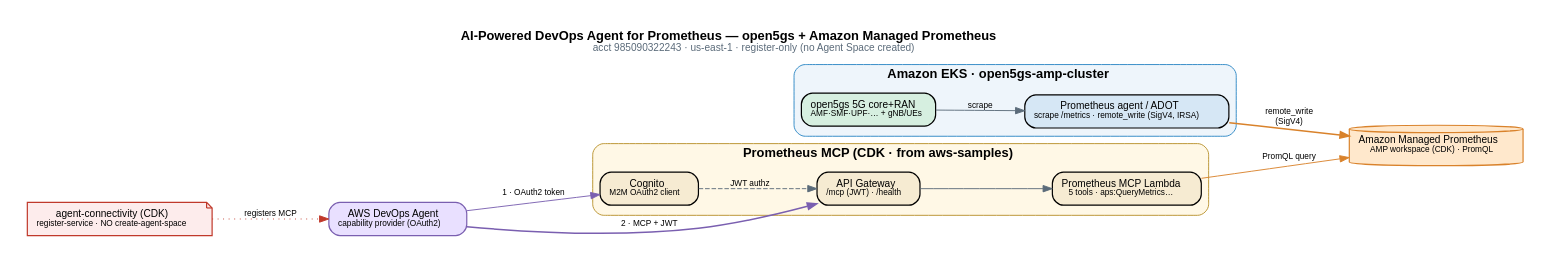
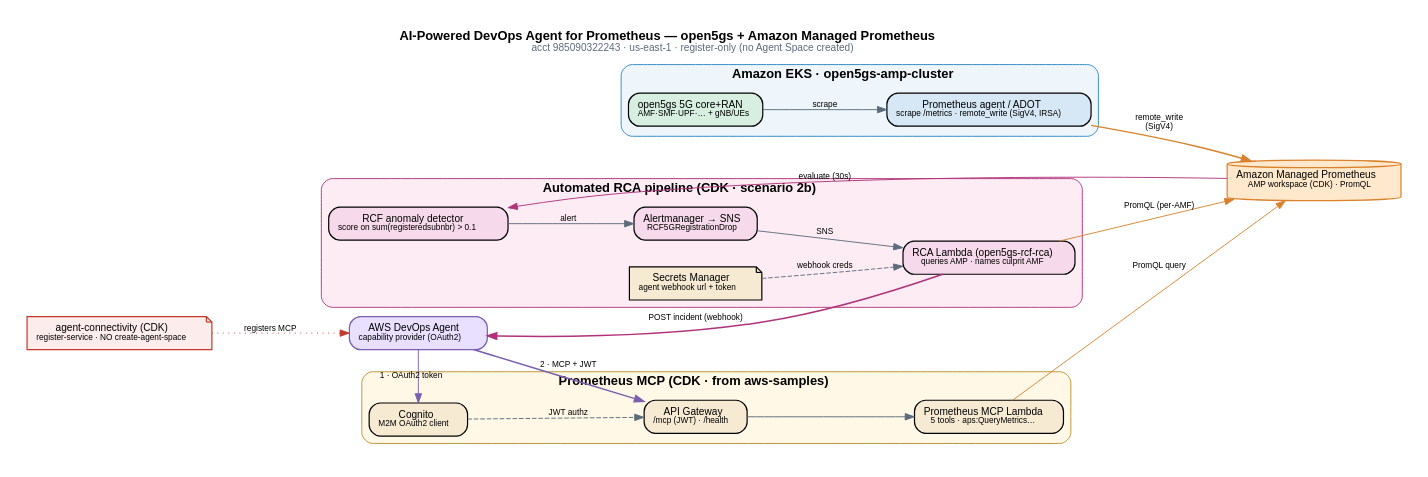
One commit to aws-solutions-library-samples/guidance-for-ai-powered-devops-agent-for-prometheus-anomaly-detection changed the diagram in docs/diagrams/architecture.dot. Above: the diagram before and after it, drawn with Graphviz. The commit also changed 6 other files, not shown here.

First line of the commit message:
Add Secrets Manager webhook wiring + docs/diagram updates for automated RCA (2b)

```diff
--- a/docs/diagrams/architecture.dot
+++ b/docs/diagrams/architecture.dot
@@ -1,32 +1,45 @@
 digraph amp {
   rankdir=LR; bgcolor="white"; pad=0.3; nodesep=0.4; ranksep=0.9;
   graph [fontname="Helvetica", label=<<B>AI-Powered DevOps Agent for Prometheus — open5gs + Amazon Managed Prometheus</B><BR/><FONT POINT-SIZE="11" COLOR="#5b6b7a">acct 985090322243 · us-east-1 · register-only (no Agent Space created)</FONT>>, labelloc=t];
   node [fontname="Helvetica", fontsize=11, shape=box, style="rounded,filled", penwidth=1.3, margin="0.14,0.09"];
   edge [fontname="Helvetica", fontsize=9, color="#5b6b7a"];
 
   subgraph cluster_eks {
     label=<<B>Amazon EKS · open5gs-amp-cluster</B>>; style="rounded,filled"; fillcolor="#eef5fb"; color="#2b86c5";
     core [label=<open5gs 5G core+RAN<BR/><FONT POINT-SIZE="9">AMF·SMF·UPF·… + gNB/UEs</FONT>>, fillcolor="#d6efe0"];
     promagent [label=<Prometheus agent / ADOT<BR/><FONT POINT-SIZE="9">scrape /metrics · remote_write (SigV4, IRSA)</FONT>>, fillcolor="#d6e7f5"];
     core -> promagent [label="scrape"];
   }
 
   amp [label=<Amazon Managed Prometheus<BR/><FONT POINT-SIZE="9">AMP workspace (CDK) · PromQL</FONT>>, shape=cylinder, fillcolor="#ffe8cc", color="#d9822b"];
   promagent -> amp [label="remote_write\n(SigV4)", color="#d9822b", penwidth=1.6];
 
   subgraph cluster_mcp {
     label=<<B>Prometheus MCP (CDK · from aws-samples)</B>>; style="rounded,filled"; fillcolor="#fff8e6"; color="#b8902a";
     cog [label=<Cognito<BR/><FONT POINT-SIZE="9">M2M OAuth2 client</FONT>>, fillcolor="#f6ebd2"];
     apigw [label=<API Gateway<BR/><FONT POINT-SIZE="9">/mcp (JWT) · /health</FONT>>, fillcolor="#f6ebd2"];
     lam [label=<Prometheus MCP Lambda<BR/><FONT POINT-SIZE="9">5 tools · aps:QueryMetrics…</FONT>>, fillcolor="#f6ebd2"];
     apigw -> lam; cog -> apigw [style=dashed, label="JWT authz"];
   }
   lam -> amp [label="PromQL query", color="#d9822b"];
 
   agent [label=<AWS DevOps Agent<BR/><FONT POINT-SIZE="9">capability provider (OAuth2)</FONT>>, fillcolor="#e9e0ff", color="#7a5fb0"];
   agent -> cog [label="1 · OAuth2 token", color="#7a5fb0"];
   agent -> apigw [label="2 · MCP + JWT", color="#7a5fb0", penwidth=1.6];
 
   conncdk [label=<agent-connectivity (CDK)<BR/><FONT POINT-SIZE="9">register-service · NO create-agent-space</FONT>>, shape=note, fillcolor="#fdecec", color="#c0392b"];
   conncdk -> agent [style=dotted, label="registers MCP", color="#c0392b"];
+
+  // ── Automated RCA pipeline (scenario 2b): RCF alert → SNS → RCA Lambda → DevOps Agent webhook ──
+  subgraph cluster_rca {
+    label=<<B>Automated RCA pipeline (CDK · scenario 2b)</B>>; style="rounded,filled"; fillcolor="#fdecf4"; color="#b0327a";
+    rcf [label=<RCF anomaly detector<BR/><FONT POINT-SIZE="9">score on sum(registeredsubnbr) &gt; 0.1</FONT>>, fillcolor="#f6d9ea"];
+    almgr [label=<Alertmanager → SNS<BR/><FONT POINT-SIZE="9">RCF5GRegistrationDrop</FONT>>, fillcolor="#f6d9ea"];
+    rca [label=<RCA Lambda (open5gs-rcf-rca)<BR/><FONT POINT-SIZE="9">queries AMP · names culprit AMF</FONT>>, fillcolor="#f6d9ea"];
+    sm [label=<Secrets Manager<BR/><FONT POINT-SIZE="9">agent webhook url + token</FONT>>, shape=note, fillcolor="#f6ebd2"];
+    rcf -> almgr [label="alert"]; almgr -> rca [label="SNS"]; sm -> rca [style=dashed, label="webhook creds"];
+  }
+  amp -> rcf [label="evaluate (30s)", color="#b0327a"];
+  rca -> amp [label="PromQL (per-AMF)", color="#d9822b"];
+  rca -> agent [label="POST incident (webhook)", color="#b0327a", penwidth=1.6];
 }
```
